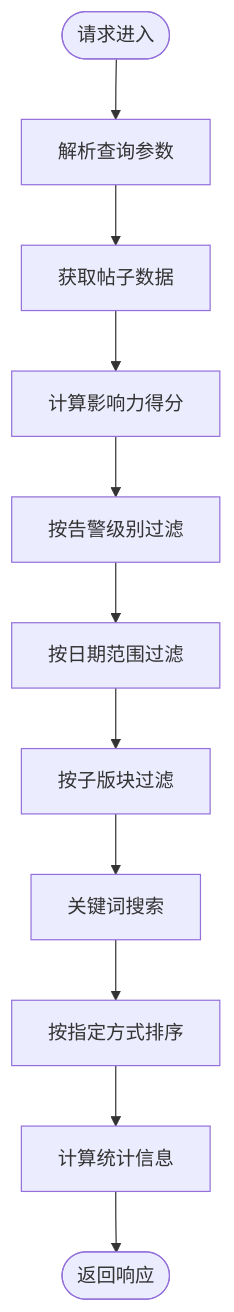
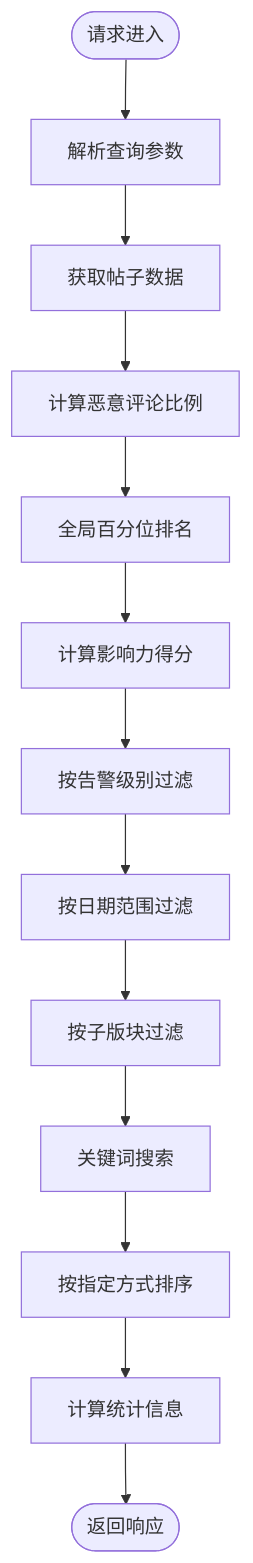
The third of 5 diagrams in .qoder/repowiki/zh/content/API 接口文档/帖子管理 API.md (zezzezzez/reddit), drawn with Mermaid before and after one commit. The commit also changed other lines of this file and 21 other files, not shown here.

````diff
--- a/.qoder/repowiki/zh/content/API 接口文档/帖子管理 API.md
+++ b/.qoder/repowiki/zh/content/API 接口文档/帖子管理 API.md
@@ -243,13 +254,15 @@
 ```mermaid
 flowchart TD
 Start([请求进入]) --> ParseParams["解析查询参数"]
 ParseParams --> GetData["获取帖子数据"]
-GetData --> CalcInfluence["计算影响力得分"]
+GetData --> CalcRatios["计算恶意评论比例"]
+CalcRatios --> GlobalRanking["全局百分位排名"]
+GlobalRanking --> CalcInfluence["计算影响力得分"]
 CalcInfluence --> FilterByLevel["按告警级别过滤"]
 FilterByLevel --> FilterByDate["按日期范围过滤"]
 FilterByDate --> FilterBySubreddit["按子版块过滤"]
 FilterBySubreddit --> Search["关键词搜索"]
 Search --> Sort["按指定方式排序"]
 Sort --> Stats["计算统计信息"]
 Stats --> Return([返回响应])
 ```
````
